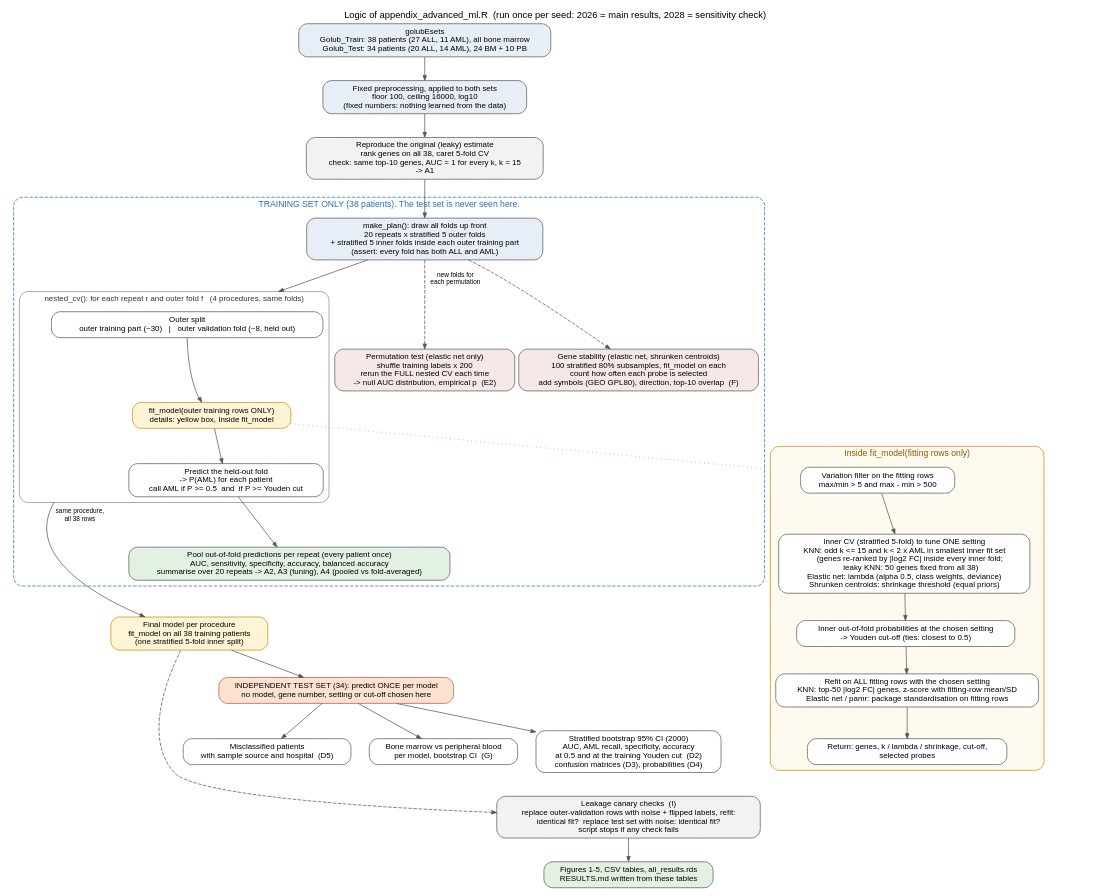
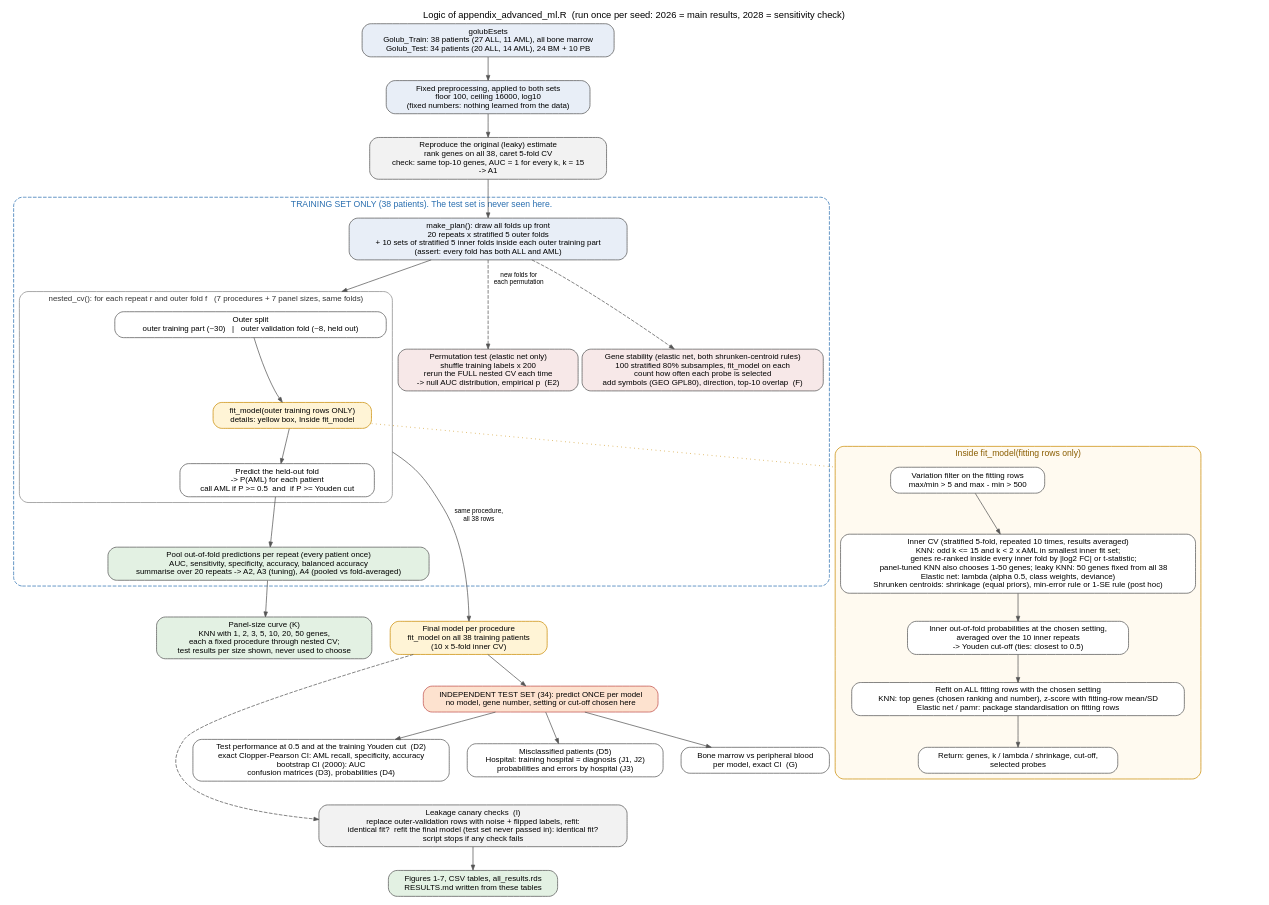
The diagram in flowchart/appendix_flowchart.dot (zyong006/BS0004-Project), drawn with Graphviz before and after one commit. The commit also changed 58 other files, not shown here.

First line of the commit message:
Version 2: apply all review fixes and explain every analysis

```diff
--- a/flowchart/appendix_flowchart.dot
+++ b/flowchart/appendix_flowchart.dot
@@ -1,73 +1,75 @@
 // Logic of appendix_advanced_ml.R
 // Render: dot -Tpng -Gdpi=200 appendix_flowchart.dot -o appendix_flowchart.png
 digraph appendix {
   graph [rankdir=TB, fontname="Helvetica", fontsize=13, nodesep=0.35, ranksep=0.45, newrank=true, compound=true,
          label="Logic of appendix_advanced_ml.R  (run once per seed: 2026 = main results, 2028 = sensitivity check)", labelloc=t];
   node  [shape=box, style="rounded,filled", fontname="Helvetica", fontsize=11, fillcolor="#ffffff", color="#555555", margin="0.15,0.07"];
   edge  [color="#555555", fontname="Helvetica", fontsize=9, arrowsize=0.7];
 
   // ---------------- data ----------------
   data  [label="golubEsets\nGolub_Train: 38 patients (27 ALL, 11 AML), all bone marrow\nGolub_Test: 34 patients (20 ALL, 14 AML), 24 BM + 10 PB", fillcolor="#e8eef7"];
   prep  [label="Fixed preprocessing, applied to both sets\nfloor 100, ceiling 16000, log10\n(fixed numbers: nothing learned from the data)", fillcolor="#e8eef7"];
   repro [label="Reproduce the original (leaky) estimate\nrank genes on all 38, caret 5-fold CV\ncheck: same top-10 genes, AUC = 1 for every k, k = 15\n-> A1", fillcolor="#f2f2f2"];
   data -> prep -> repro;
 
   // ---------------- training set only ----------------
   subgraph cluster_train {
     label="TRAINING SET ONLY (38 patients). The test set is never seen here."; fontsize=12; style="rounded,dashed"; color="#2a6fb0"; fontcolor="#2a6fb0";
 
-    plan [label="make_plan(): draw all folds up front\n20 repeats x stratified 5 outer folds\n+ stratified 5 inner folds inside each outer training part\n(assert: every fold has both ALL and AML)", fillcolor="#e8eef7"];
+    plan [label="make_plan(): draw all folds up front\n20 repeats x stratified 5 outer folds\n+ 10 sets of stratified 5 inner folds inside each outer training part\n(assert: every fold has both ALL and AML)", fillcolor="#e8eef7"];
 
     subgraph cluster_outer {
-      label="nested_cv(): for each repeat r and outer fold f   (4 procedures, same folds)"; fontsize=11; style="rounded"; color="#888888"; fontcolor="#333333";
+      label="nested_cv(): for each repeat r and outer fold f   (7 procedures + 7 panel sizes, same folds)"; fontsize=11; style="rounded"; color="#888888"; fontcolor="#333333";
       split [label="Outer split\nouter training part (~30)   |   outer validation fold (~8, held out)"];
       fit   [label="fit_model(outer training rows ONLY)\ndetails: yellow box, Inside fit_model", fillcolor="#fff4d6", color="#c98a00"];
       pred  [label="Predict the held-out fold\n-> P(AML) for each patient\ncall AML if P >= 0.5  and  if P >= Youden cut"];
       split -> fit -> pred;
     }
     pool [label="Pool out-of-fold predictions per repeat (every patient once)\nAUC, sensitivity, specificity, accuracy, balanced accuracy\nsummarise over 20 repeats -> A2, A3 (tuning), A4 (pooled vs fold-averaged)", fillcolor="#e3f1e3"];
 
     perm [label="Permutation test (elastic net only)\nshuffle training labels x 200\nrerun the FULL nested CV each time\n-> null AUC distribution, empirical p  (E2)", fillcolor="#f7e8e8"];
-    stab [label="Gene stability (elastic net, shrunken centroids)\n100 stratified 80% subsamples, fit_model on each\ncount how often each probe is selected\nadd symbols (GEO GPL80), direction, top-10 overlap  (F)", fillcolor="#f7e8e8"];
+    stab [label="Gene stability (elastic net, both shrunken-centroid rules)\n100 stratified 80% subsamples, fit_model on each\ncount how often each probe is selected\nadd symbols (GEO GPL80), direction, top-10 overlap  (F)", fillcolor="#f7e8e8"];
 
     plan -> split [lhead=cluster_outer];
     pred -> pool;
   }
   repro -> plan;
   plan -> perm [style=dashed, label=" new folds for\n each permutation"];
   plan -> stab [style=dashed];
 
   // ---------------- fit_model detail ----------------
   subgraph cluster_fit {
     label="Inside fit_model(fitting rows only)"; fontsize=12; style="rounded,filled"; fillcolor="#fffaf0"; color="#c98a00"; fontcolor="#8a5d00";
     f1 [label="Variation filter on the fitting rows\nmax/min > 5 and max - min > 500"];
-    f2 [label="Inner CV (stratified 5-fold) to tune ONE setting\nKNN: odd k <= 15 and k < 2 x AML in smallest inner fit set\n      (genes re-ranked by |log2 FC| inside every inner fold;\n       leaky KNN: 50 genes fixed from all 38)\nElastic net: lambda (alpha 0.5, class weights, deviance)\nShrunken centroids: shrinkage threshold (equal priors)"];
-    f3 [label="Inner out-of-fold probabilities at the chosen setting\n-> Youden cut-off (ties: closest to 0.5)"];
-    f4 [label="Refit on ALL fitting rows with the chosen setting\nKNN: top-50 |log2 FC| genes, z-score with fitting-row mean/SD\nElastic net / pamr: package standardisation on fitting rows"];
+    f2 [label="Inner CV (stratified 5-fold, repeated 10 times, results averaged)\nKNN: odd k <= 15 and k < 2 x AML in smallest inner fit set;\n      genes re-ranked inside every inner fold by |log2 FC| or t-statistic;\n      panel-tuned KNN also chooses 1-50 genes; leaky KNN: 50 genes fixed from all 38\nElastic net: lambda (alpha 0.5, class weights, deviance)\nShrunken centroids: shrinkage (equal priors), min-error rule or 1-SE rule (post hoc)"];
+    f3 [label="Inner out-of-fold probabilities at the chosen setting,\naveraged over the 10 inner repeats\n-> Youden cut-off (ties: closest to 0.5)"];
+    f4 [label="Refit on ALL fitting rows with the chosen setting\nKNN: top genes (chosen ranking and number), z-score with fitting-row mean/SD\nElastic net / pamr: package standardisation on fitting rows"];
     f5 [label="Return: genes, k / lambda / shrinkage, cut-off,\nselected probes", fillcolor="#ffffff"];
     f1 -> f2 -> f3 -> f4 -> f5;
   }
   fit -> f1 [style=dotted, lhead=cluster_fit, arrowhead=none, color="#c98a00"];
 
   // ---------------- final model + test ----------------
-  final [label="Final model per procedure\nfit_model on all 38 training patients\n(one stratified 5-fold inner split)", fillcolor="#fff4d6", color="#c98a00"];
+  final [label="Final model per procedure\nfit_model on all 38 training patients\n(10 x 5-fold inner CV)", fillcolor="#fff4d6", color="#c98a00"];
   test  [label="INDEPENDENT TEST SET (34): predict ONCE per model\nno model, gene number, setting or cut-off chosen here", fillcolor="#fde2cf", color="#c0504d"];
-  out1  [label="Stratified bootstrap 95% CI (2000)\nAUC, AML recall, specificity, accuracy\nat 0.5 and at the training Youden cut  (D2)\nconfusion matrices (D3), probabilities (D4)"];
-  out2  [label="Misclassified patients\nwith sample source and hospital  (D5)"];
-  out3  [label="Bone marrow vs peripheral blood\nper model, bootstrap CI  (G)"];
+  out1  [label="Test performance at 0.5 and at the training Youden cut  (D2)\nexact Clopper-Pearson CI: AML recall, specificity, accuracy\nbootstrap CI (2000): AUC\nconfusion matrices (D3), probabilities (D4)"];
+  out2  [label="Misclassified patients (D5)\nHospital: training hospital = diagnosis (J1, J2)\nprobabilities and errors by hospital (J3)"];
+  out3  [label="Bone marrow vs peripheral blood\nper model, exact CI  (G)"];
+  panel [label="Panel-size curve (K)\nKNN with 1, 2, 3, 5, 10, 20, 50 genes,\neach a fixed procedure through nested CV;\ntest results per size shown, never used to choose", fillcolor="#e3f1e3"];
+  pool -> panel;
   pool -> final [style=invis];
   fit -> final [label=" same procedure,\n all 38 rows", ltail=cluster_outer];
   final -> test;
   test -> out1; test -> out2; test -> out3;
 
   // ---------------- checks ----------------
-  canary [label="Leakage canary checks  (I)\nreplace outer-validation rows with noise + flipped labels, refit:\nidentical fit?  replace test set with noise: identical fit?\nscript stops if any check fails", fillcolor="#f2f2f2"];
-  figs   [label="Figures 1-5, CSV tables, all_results.rds\nRESULTS.md written from these tables", fillcolor="#e3f1e3"];
+  canary [label="Leakage canary checks  (I)\nreplace outer-validation rows with noise + flipped labels, refit:\nidentical fit?  refit the final model (test set never passed in): identical fit?\nscript stops if any check fails", fillcolor="#f2f2f2"];
+  figs   [label="Figures 1-7, CSV tables, all_results.rds\nRESULTS.md written from these tables", fillcolor="#e3f1e3"];
   out1 -> canary [style=invis];
   {pool perm stab out1 out2 out3} -> canary [style=invis];
   final -> canary [style=dashed];
   canary -> figs;
 
   {rank=same; perm; stab;}
   {rank=same; out1; out2; out3;}
 }
```
